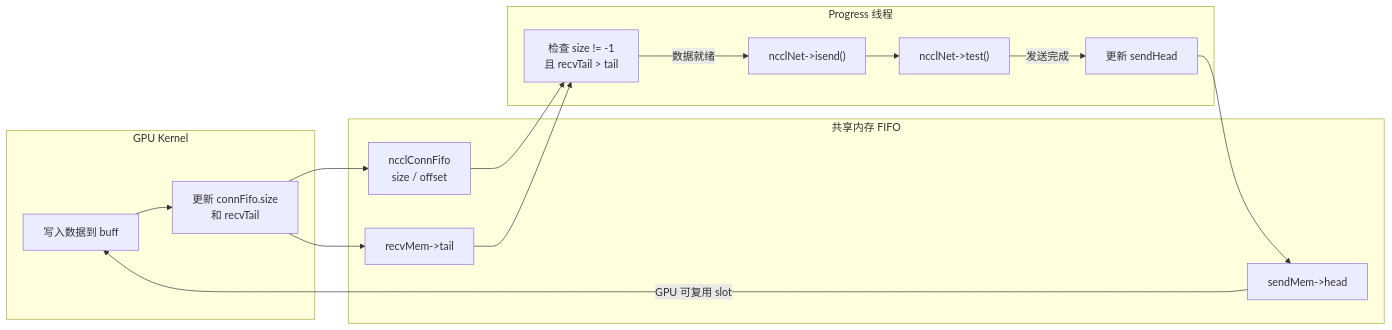
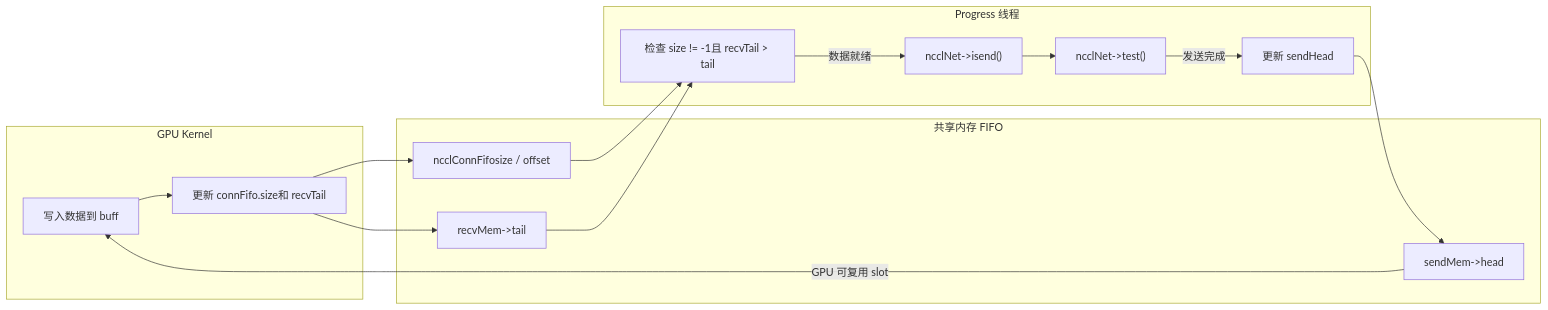
The third of 3 diagrams in books/nccl/en/12-proxy-threads-async-io-scheduler.md (maleRjc/AiReadCodeBooks), drawn with Mermaid before and after one commit. The commit also changed other lines of this file and 80 other files, not shown here.

````diff
--- a/books/nccl/en/12-proxy-threads-async-io-scheduler.md
+++ b/books/nccl/en/12-proxy-threads-async-io-scheduler.md
@@ -427,28 +430,28 @@
 ```mermaid
 flowchart LR
     subgraph GPU["GPU Kernel"]
         gpu_write["写入数据到 buff"]
-        gpu_fifo["更新 connFifo.size<br/>和 recvTail"]
+        gpu_fifo["更新 connFifo.size和 recvTail"]
     end
     subgraph SHM["共享内存 FIFO"]
-        fifo["ncclConnFifo<br/>size / offset"]
+        fifo["ncclConnFifosize / offset"]
         head["sendMem->head"]
         tail["recvMem->tail"]
     end
     subgraph PROXY["Progress 线程"]
-        check["检查 size != -1<br/>且 recvTail > tail"]
+        check["检查 size != -1且 recvTail > tail"]
         isend["ncclNet->isend()"]
         test["ncclNet->test()"]
         update["更新 sendHead"]
     end
     gpu_write --> gpu_fifo
     gpu_fifo --> fifo
     gpu_fifo --> tail
     fifo --> check
     tail --> check
     check -->|数据就绪| isend
     isend --> test
     test -->|发送完成| update
     update --> head
     head -->|GPU 可复用 slot| gpu_write
 ```
````
